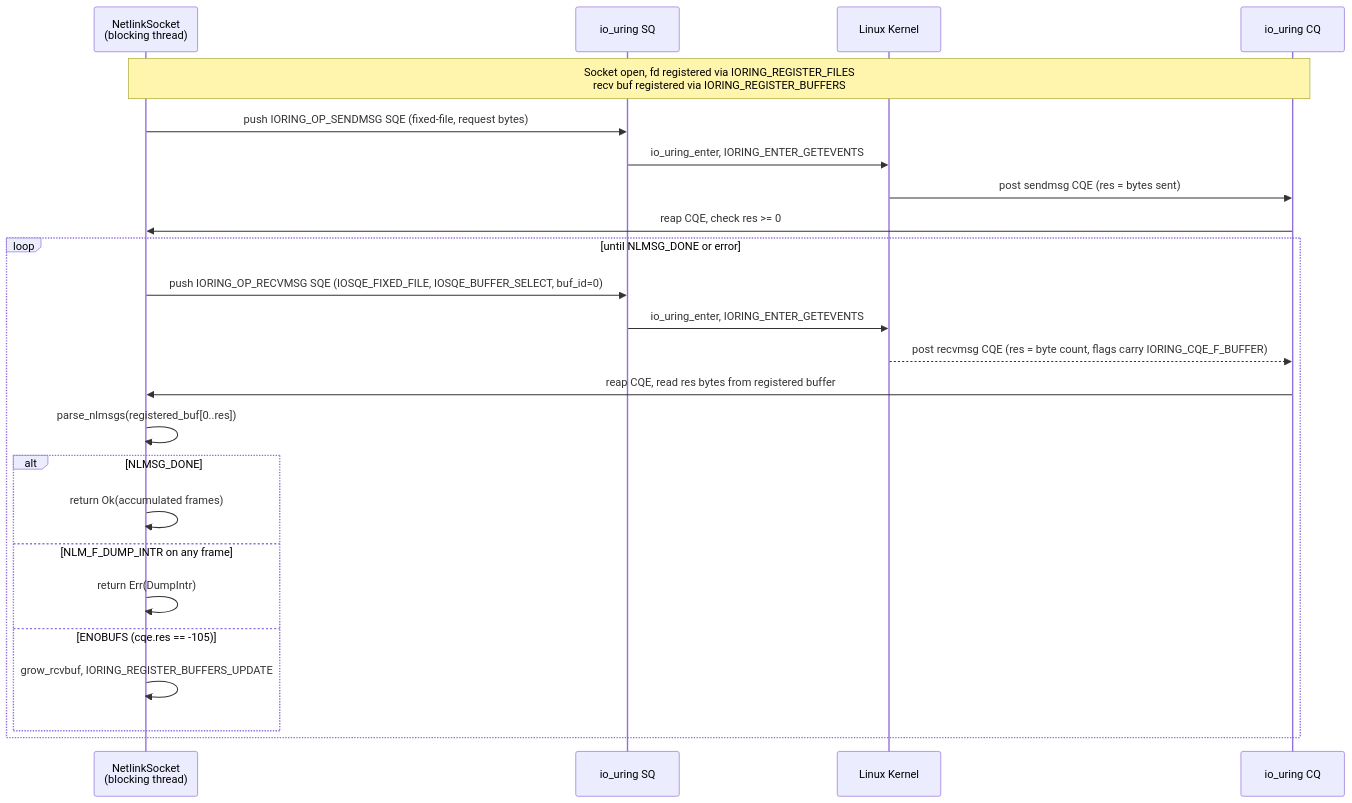
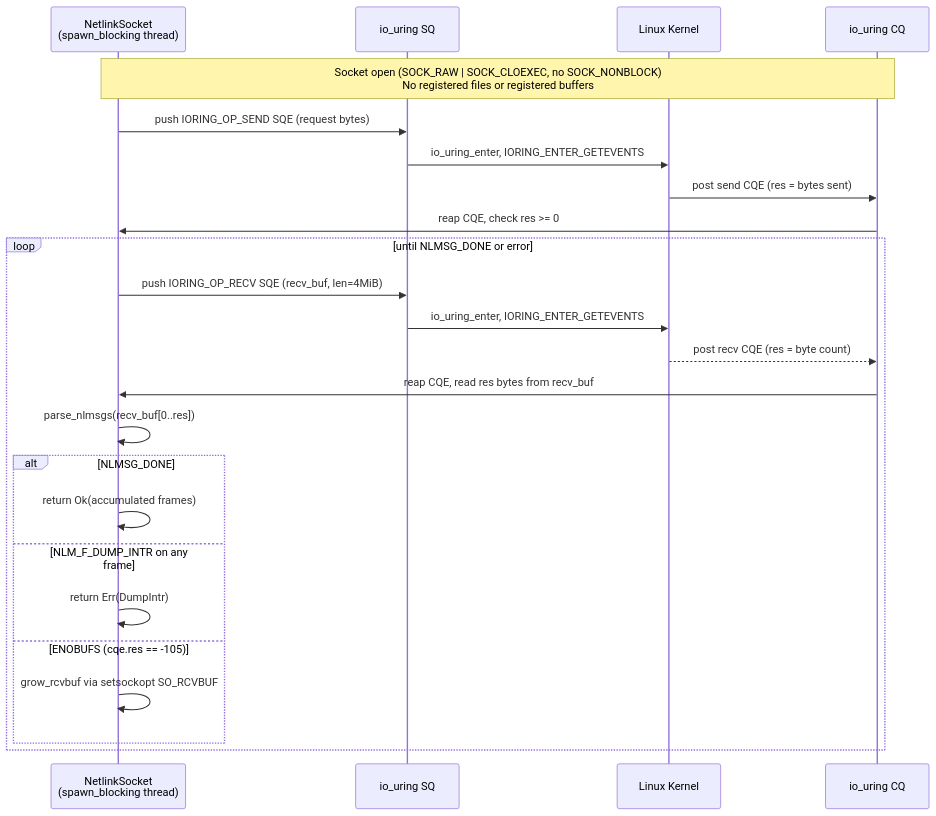
Before and after one commit to farchanjo/netlink_exporter: the first of 4 diagrams in docs/arch/domain/netlink-protocol.md, drawn with Mermaid. The commit also changed other lines of this file and 8 other files, not shown here.

````diff
--- a/docs/arch/domain/netlink-protocol.md
+++ b/docs/arch/domain/netlink-protocol.md
@@ -141,29 +141,29 @@
 ```mermaid
 sequenceDiagram
-    participant U as NetlinkSocket<br/>(blocking thread)
+    participant U as NetlinkSocket<br/>(spawn_blocking thread)
     participant SQ as io_uring SQ
     participant K as Linux Kernel
     participant CQ as io_uring CQ
 
-    Note over U,CQ: Socket open, fd registered via IORING_REGISTER_FILES<br/>recv buf registered via IORING_REGISTER_BUFFERS
+    Note over U,CQ: Socket open (SOCK_RAW | SOCK_CLOEXEC, no SOCK_NONBLOCK)<br/>No registered files or registered buffers
 
-    U->>SQ: push IORING_OP_SENDMSG SQE (fixed-file, request bytes)
+    U->>SQ: push IORING_OP_SEND SQE (request bytes)
     SQ->>K: io_uring_enter, IORING_ENTER_GETEVENTS
-    K->>CQ: post sendmsg CQE (res = bytes sent)
+    K->>CQ: post send CQE (res = bytes sent)
     CQ->>U: reap CQE, check res >= 0
 
     loop until NLMSG_DONE or error
-        U->>SQ: push IORING_OP_RECVMSG SQE (IOSQE_FIXED_FILE, IOSQE_BUFFER_SELECT, buf_id=0)
+        U->>SQ: push IORING_OP_RECV SQE (recv_buf, len=4MiB)
         SQ->>K: io_uring_enter, IORING_ENTER_GETEVENTS
-        K-->>CQ: post recvmsg CQE (res = byte count, flags carry IORING_CQE_F_BUFFER)
-        CQ->>U: reap CQE, read res bytes from registered buffer
-        U->>U: parse_nlmsgs(registered_buf[0..res])
+        K-->>CQ: post recv CQE (res = byte count)
+        CQ->>U: reap CQE, read res bytes from recv_buf
+        U->>U: parse_nlmsgs(recv_buf[0..res])
         alt NLMSG_DONE
             U->>U: return Ok(accumulated frames)
         else NLM_F_DUMP_INTR on any frame
             U->>U: return Err(DumpIntr)
         else ENOBUFS (cqe.res == -105)
-            U->>U: grow_rcvbuf, IORING_REGISTER_BUFFERS_UPDATE
+            U->>U: grow_rcvbuf via setsockopt SO_RCVBUF
         end
     end
 ```
````
